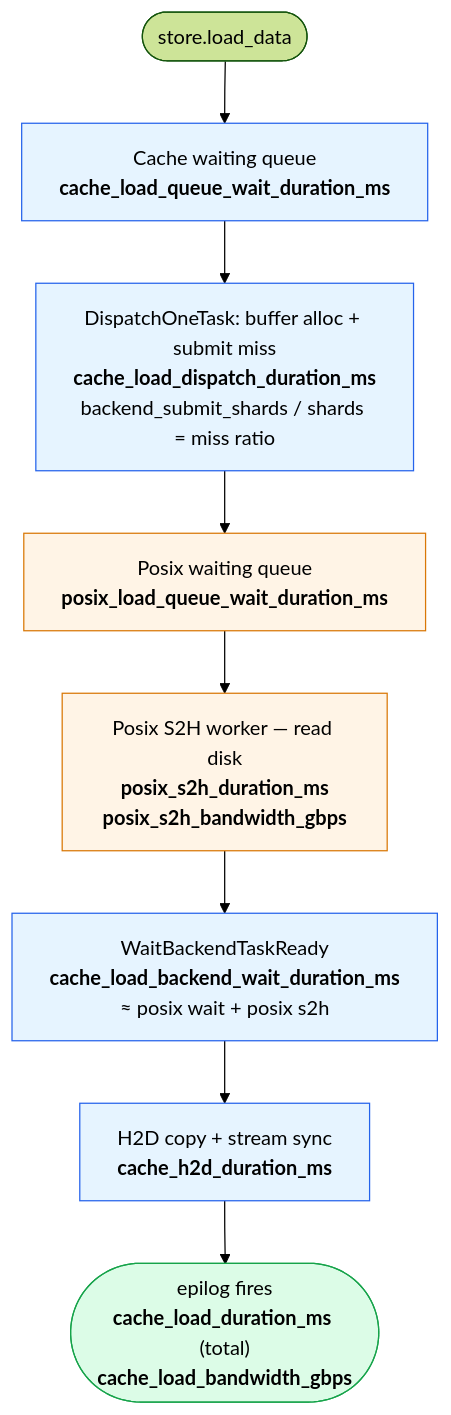
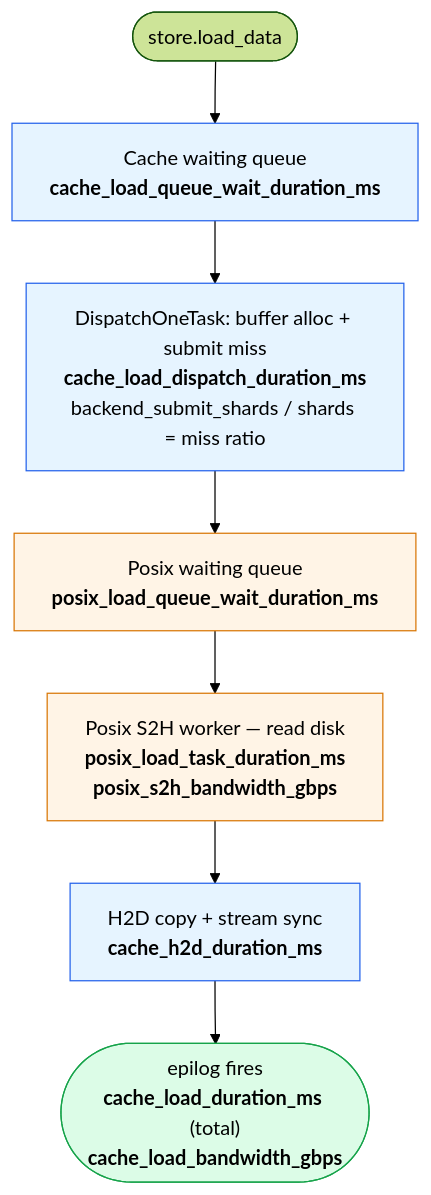
Before and after one commit to dante159753/unified-cache-management: the second of 4 diagrams in docs/source/user-guide/metrics/performance_analysis.md, drawn with Mermaid (forest theme). The commit also changed other lines of this file and 13 other files, not shown here.

````diff
--- a/docs/source/user-guide/metrics/performance_analysis.md
+++ b/docs/source/user-guide/metrics/performance_analysis.md
@@ -39,18 +39,17 @@
 ```mermaid
 flowchart TD
     A(["store.load_data"])
     B["Cache waiting queue<br/><b>cache_load_queue_wait_duration_ms</b>"]
     C["DispatchOneTask: buffer alloc + submit miss<br/><b>cache_load_dispatch_duration_ms</b><br/>backend_submit_shards / shards = miss ratio"]
     D["Posix waiting queue<br/><b>posix_load_queue_wait_duration_ms</b>"]
-    E["Posix S2H worker — read disk<br/><b>posix_s2h_duration_ms</b><br/><b>posix_s2h_bandwidth_gbps</b>"]
-    F["WaitBackendTaskReady<br/><b>cache_load_backend_wait_duration_ms</b><br/>≈ posix wait + posix s2h"]
+    E["Posix S2H worker — read disk<br/><b>posix_load_task_duration_ms</b><br/><b>posix_s2h_bandwidth_gbps</b>"]
     G["H2D copy + stream sync<br/><b>cache_h2d_duration_ms</b>"]
     H(["epilog fires<br/><b>cache_load_duration_ms</b> (total)<br/><b>cache_load_bandwidth_gbps</b>"])
-    A --> B --> C --> D --> E --> F --> G --> H
+    A --> B --> C --> D --> E --> G --> H
     classDef posix fill:#fff4e6,stroke:#d97706
     classDef cache fill:#e6f4ff,stroke:#2563eb
     classDef done fill:#dcfce7,stroke:#16a34a
-    class B,C,F,G cache
+    class B,C,G cache
     class D,E posix
     class H done
 ```
````
